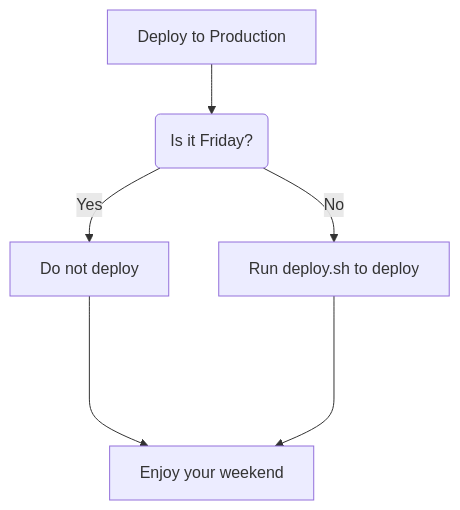
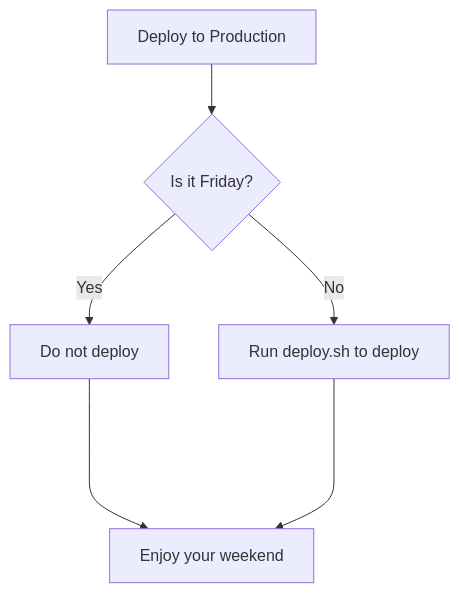
Before and after one commit to yog-labs/custom-starter-template: the diagram in README.md, drawn with Mermaid.

````diff
--- a/README.md
+++ b/README.md
@@ -45,8 +45,8 @@
 ```mermaid
 flowchart TD
-    A[Deploy to Production] --> B(Is it Friday?);
+    A[Deploy to Production] --> B{Is it Friday?};
     B -- Yes --> C[Do not deploy];
     B -- No  --> D[Run deploy.sh to deploy]
     C ----> E[Enjoy your weekend];
     D ----> E[Enjoy your weekend];
 ```
````
